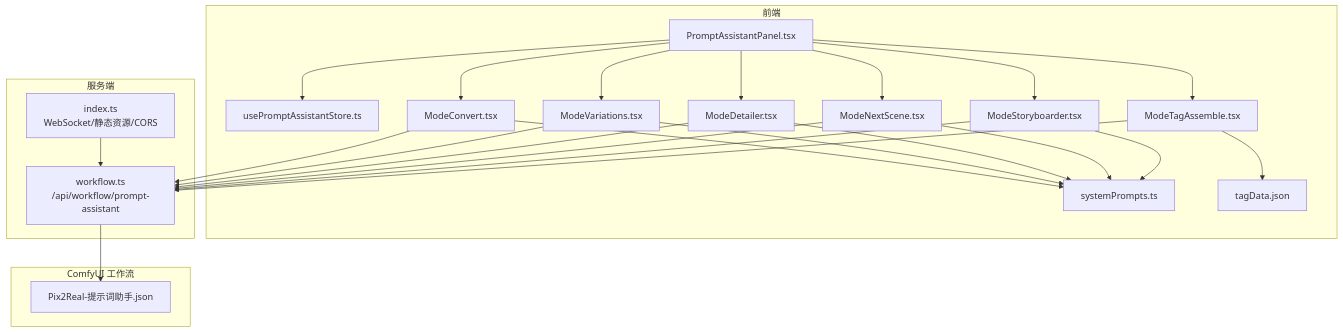
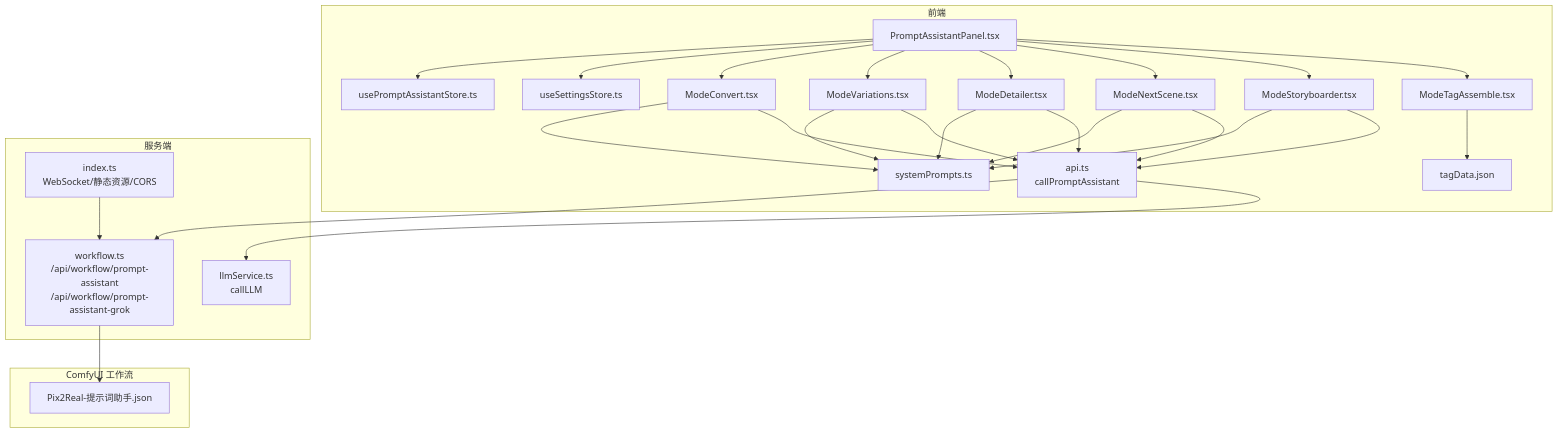
Before and after one commit to billye220670/CorineKit_Pix2Real: the first of 6 diagrams in .qoder/repowiki/zh/content/专业功能/提示词助手.md, drawn with Mermaid. The commit also changed other lines of this file and 11 other files, not shown here.

````diff
--- a/.qoder/repowiki/zh/content/专业功能/提示词助手.md
+++ b/.qoder/repowiki/zh/content/专业功能/提示词助手.md
@@ -45,43 +48,48 @@
 ```mermaid
 graph TB
 subgraph "前端"
 UI_Panel["PromptAssistantPanel.tsx"]
 Hook_Store["usePromptAssistantStore.ts"]
+Settings_Store["useSettingsStore.ts"]
 Mode_Convert["ModeConvert.tsx"]
 Mode_Vars["ModeVariations.tsx"]
 Mode_Detailer["ModeDetailer.tsx"]
 Mode_Next["ModeNextScene.tsx"]
 Mode_Story["ModeStoryboarder.tsx"]
 Mode_TagAssemble["ModeTagAssemble.tsx"]
 SysPrompts["systemPrompts.ts"]
 TagData["tagData.json"]
+API_Call["api.ts<br/>callPromptAssistant"]
 end
 subgraph "服务端"
-S_Router["workflow.ts<br/>/api/workflow/prompt-assistant"]
+S_Router["workflow.ts<br/>/api/workflow/prompt-assistant<br/>/api/workflow/prompt-assistant-grok"]
 S_Index["index.ts<br/>WebSocket/静态资源/CORS"]
+LLM_Service["llmService.ts<br/>callLLM"]
 end
 subgraph "ComfyUI 工作流"
 WF_JSON["Pix2Real-提示词助手.json"]
 end
 UI_Panel --> Hook_Store
+UI_Panel --> Settings_Store
 UI_Panel --> Mode_Convert
 UI_Panel --> Mode_Vars
 UI_Panel --> Mode_Detailer
 UI_Panel --> Mode_Next
 UI_Panel --> Mode_Story
 UI_Panel --> Mode_TagAssemble
 Mode_Convert --> SysPrompts
 Mode_Vars --> SysPrompts
 Mode_Detailer --> SysPrompts
 Mode_Next --> SysPrompts
 Mode_Story --> SysPrompts
 Mode_TagAssemble --> TagData
-Mode_Convert --> S_Router
-Mode_Vars --> S_Router
-Mode_Detailer --> S_Router
-Mode_Next --> S_Router
-Mode_Story --> S_Router
-Mode_TagAssemble --> S_Router
+Mode_Convert --> API_Call
+Mode_Vars --> API_Call
+Mode_Detailer --> API_Call
+Mode_Next --> API_Call
+Mode_Story --> API_Call
+API_Call --> S_Router
+API_Call --> LLM_Service
 S_Router --> WF_JSON
 S_Index --> S_Router
 ```
````
